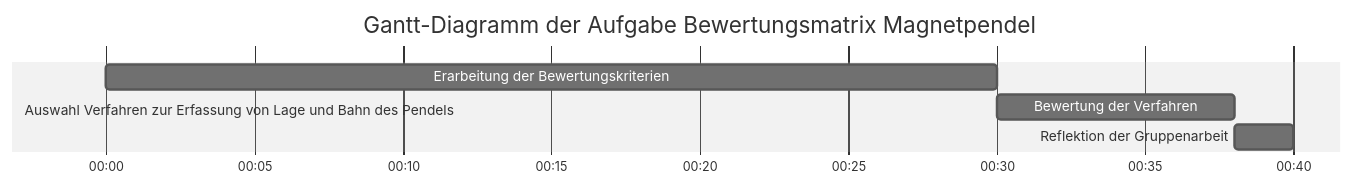
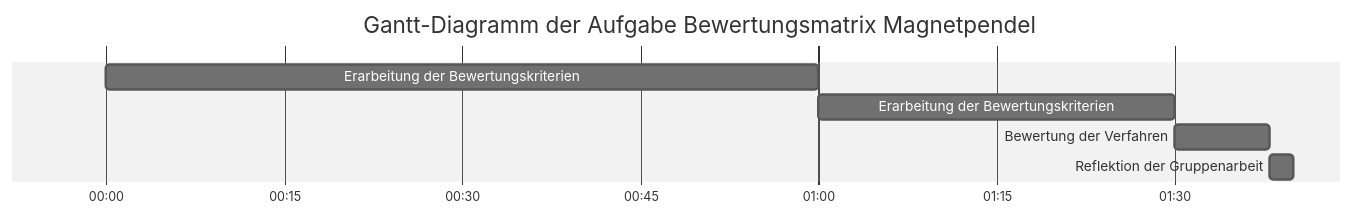
One commit to mrossde/PE1_PE2 changed the diagram in Aufgabe_Bewertungsmatrix_Magnetpendel.qmd. Above: the diagram before and after it, drawn with Mermaid (neutral theme). The commit also changed other lines of this file and 8 other files, not shown here.

````diff
--- a/Aufgabe_Bewertungsmatrix_Magnetpendel.qmd
+++ b/Aufgabe_Bewertungsmatrix_Magnetpendel.qmd
@@ -7,14 +7,14 @@
 ```{mermaid}
 %%| fig-width: 6.4
 %%| label: fig-label-gntzeitverfahrenpendel
 %%| fig-cap: "Gantt-Diagramm der Aufgabe Bewertungsmatrix Magnetpendel"
 gantt
 title Gantt-Diagramm der Aufgabe Bewertungsmatrix Magnetpendel
     dateFormat HH:mm
     axisFormat %H:%M    
 
-    section Auswahl Verfahren zur Erfassung von Lage und Bahn des Pendels
-    Erarbeitung der Bewertungskriterien : a1, 00:00, 30m
+    Erarbeitung der Bewertungskriterien : a0, 00:00, 60m
+    Erarbeitung der Bewertungskriterien : a1, after a0, 30m
     Bewertung der Verfahren : a2, after a1, 8m
     Reflektion der Gruppenarbeit : a3, after a2, 2m
 ```
````
